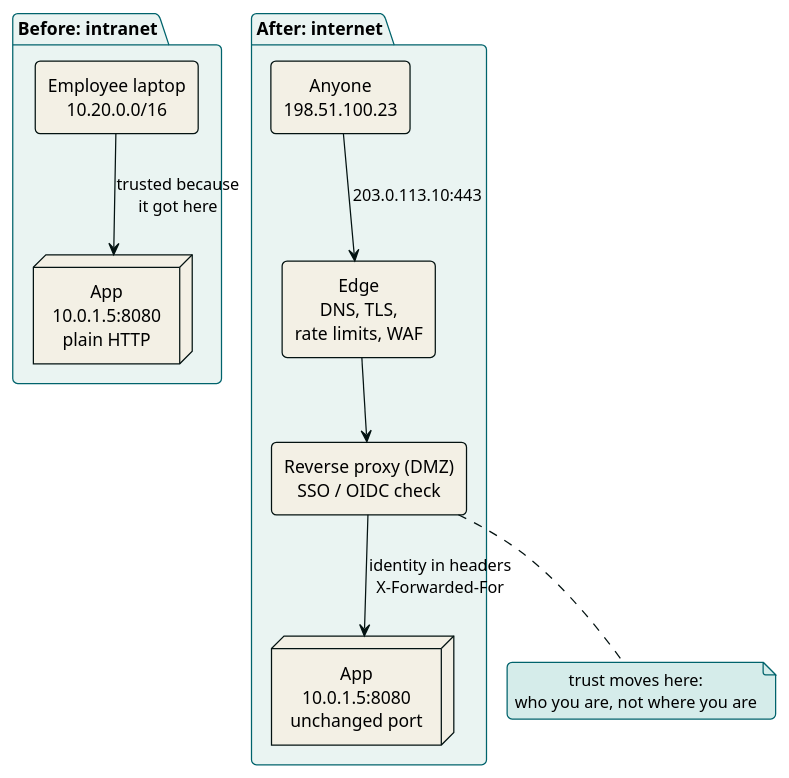
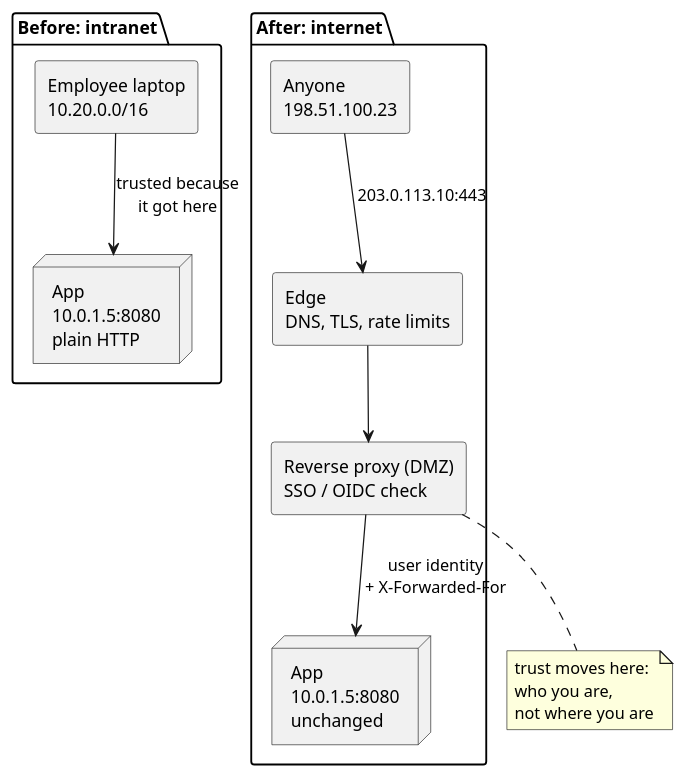
Before and after one commit to samadeep/samadeep.github.io: the first of 2 diagrams in src/content/posts/2026-10-04-expose-intranet-app-to-internet.md, drawn with PlantUML. The commit also changed other lines of this file and 35 other files, not shown here.

First line of the commit message:
style: diagrams in the site font, themed for light and dark

````diff
--- a/src/content/posts/2026-10-04-expose-intranet-app-to-internet.md
+++ b/src/content/posts/2026-10-04-expose-intranet-app-to-internet.md
@@ -15,35 +15,20 @@
 ```plantuml title="Before and after: where the trust boundary sits"
 @startuml
-!theme plain
-skinparam shadowing false
-skinparam roundcorner 8
-skinparam defaultTextAlignment center
-skinparam ArrowColor #031211
-skinparam rectangleBorderColor #031211
-skinparam rectangleBackgroundColor #F3F0E5
-skinparam nodeBorderColor #031211
-skinparam nodeBackgroundColor #F3F0E5
-skinparam packageBorderColor #00636C
-skinparam packageBackgroundColor #EAF4F2
-skinparam NoteBackgroundColor #D5ECEA
-skinparam NoteBorderColor #00636C
-
-package "After: internet" {
-  rectangle "Anyone\n198.51.100.23" as U
-  rectangle "Edge\nDNS, TLS,\nrate limits, WAF" as E
-  rectangle "Reverse proxy (DMZ)\nSSO / OIDC check" as P
-  node "App\n10.0.1.5:8080\nunchanged port" as A2
-  U --> E : 203.0.113.10:443
-  E --> P
-  P --> A2 : identity in headers\nX-Forwarded-For
-}
-
 package "Before: intranet" {
   rectangle "Employee laptop\n10.20.0.0/16" as L1
   node "App\n10.0.1.5:8080\nplain HTTP" as A1
   L1 --> A1 : trusted because\nit got here
 }
+package "After: internet" {
+  rectangle "Anyone\n198.51.100.23" as U
+  rectangle "Edge\nDNS, TLS, rate limits" as E
+  rectangle "Reverse proxy (DMZ)\nSSO / OIDC check" as P
+  node "App\n10.0.1.5:8080\nunchanged" as A2
+  U --> E : 203.0.113.10:443
+  E --> P
+  P --> A2 : user identity\n+ X-Forwarded-For
+}
 L1 -[hidden]right-> U
-note bottom of P : trust moves here:\nwho you are, not where you are
+note bottom of P : trust moves here:\nwho you are,\nnot where you are
 @enduml
 ```
````
